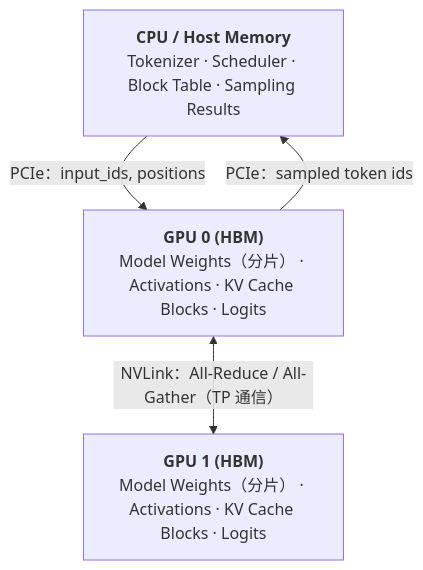
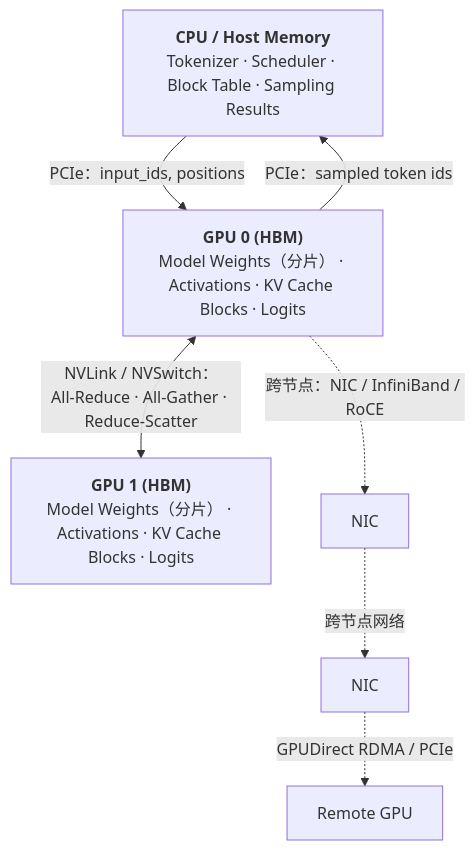
One commit to arganzheng/arganzheng.github.com changed diagram 16 of 26 in _posts/2026-08-15-deep-dive-into-vllm.md. Above: the diagram before and after it, drawn with Mermaid. The commit also changed other lines of this file, not shown here.

````diff
--- a/_posts/2026-08-15-deep-dive-into-vllm.md
+++ b/_posts/2026-08-15-deep-dive-into-vllm.md
@@ -5837,9 +5859,16 @@
 ```mermaid
 graph TB
     CPU["<b>CPU / Host Memory</b><br/>Tokenizer · Scheduler · Block Table · Sampling Results"]
+
     CPU -->|"PCIe：input_ids, positions"| G0
     G0 -->|"PCIe：sampled token ids"| CPU
+
     G0["<b>GPU 0 (HBM)</b><br/>Model Weights（分片） · Activations · KV Cache Blocks · Logits"]
     G1["<b>GPU 1 (HBM)</b><br/>Model Weights（分片） · Activations · KV Cache Blocks · Logits"]
-    G0 <-->|"NVLink：All-Reduce / All-Gather（TP 通信）"| G1
+
+    G0 <-->|"NVLink / NVSwitch：<br/>All-Reduce · All-Gather · Reduce-Scatter"| G1
+
+    G0 -. "跨节点：NIC / InfiniBand / RoCE" .-> N0["NIC"]
+    N0 -. "跨节点网络" .-> N1["NIC"]
+    N1 -. "GPUDirect RDMA / PCIe" .-> G2["Remote GPU"]
 ```
````
